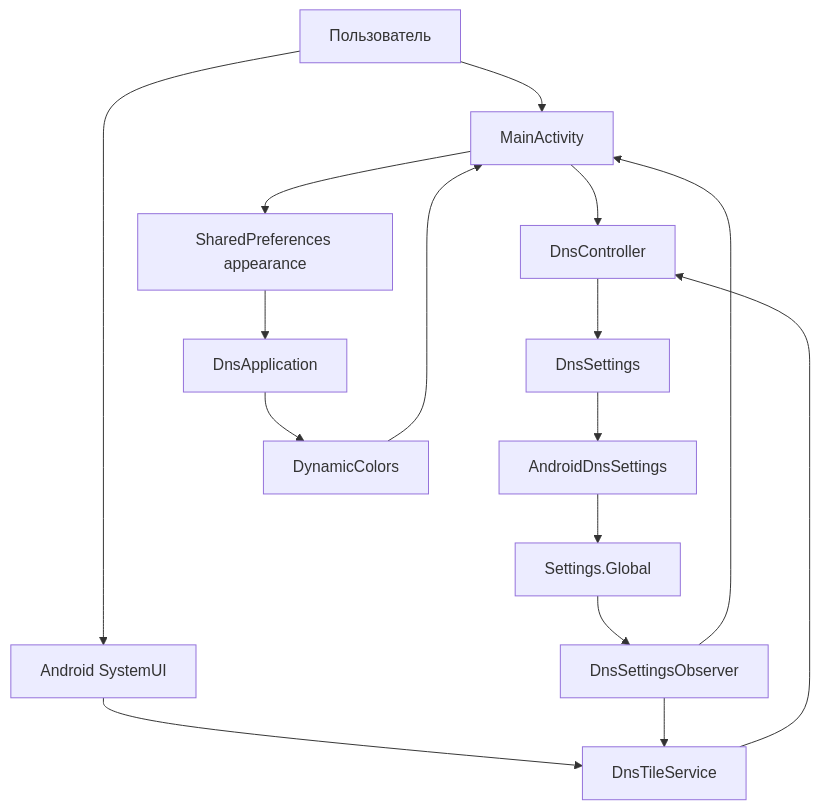
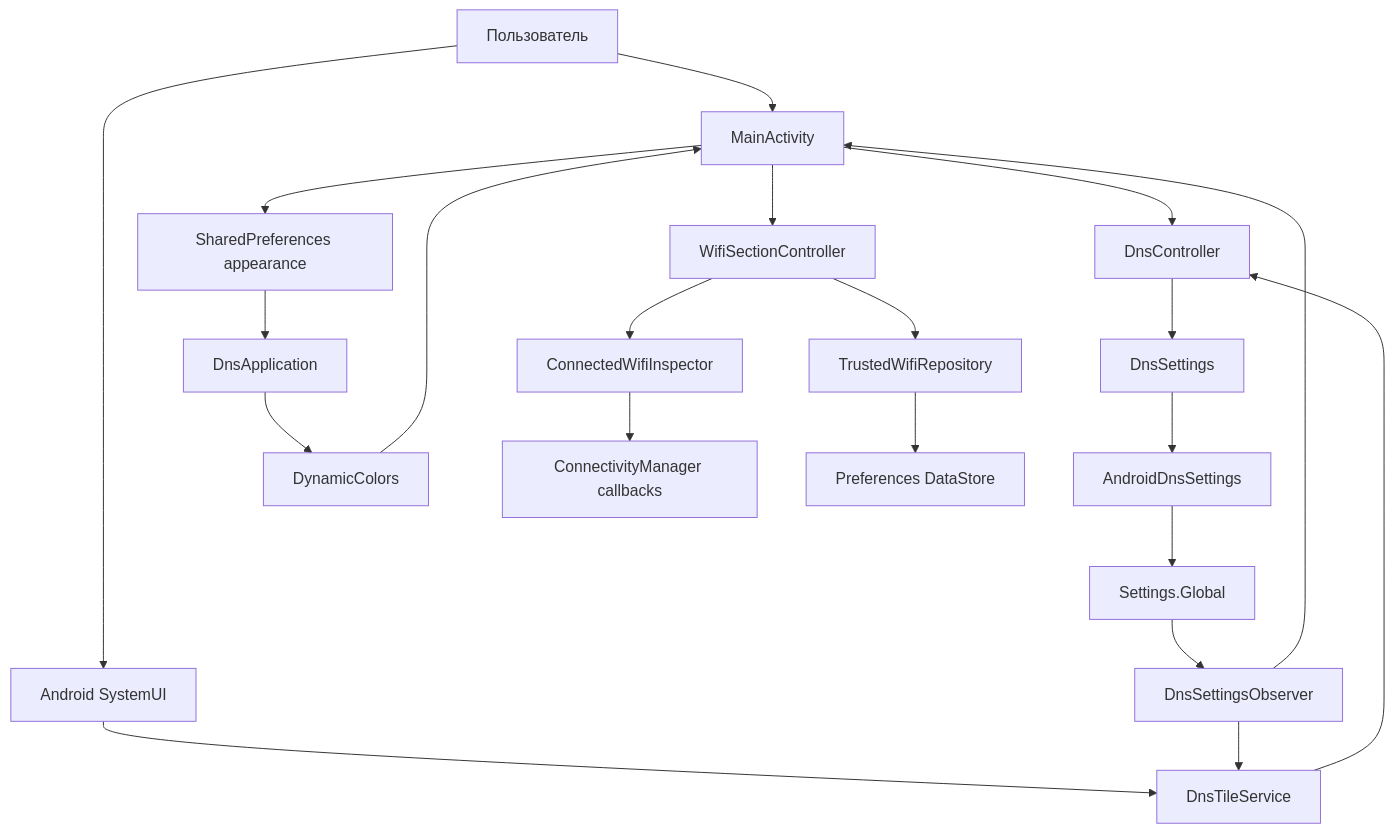
One commit to YuriMukin/pDNS-auto-switch changed the diagram in ARCHITECTURE.md. Above: the diagram before and after it, drawn with Mermaid. The commit also changed other lines of this file and 18 other files, not shown here.

````diff
--- a/ARCHITECTURE.md
+++ b/ARCHITECTURE.md
@@ -41,18 +42,23 @@
 ```mermaid
 flowchart TD
     User[Пользователь] --> Activity[MainActivity]
     User --> SystemUI[Android SystemUI]
     SystemUI --> Tile[DnsTileService]
     Activity --> Controller[DnsController]
     Tile --> Controller
     Controller --> Port[DnsSettings]
     Port --> Adapter[AndroidDnsSettings]
     Adapter --> Global[Settings.Global]
     Global --> Observer[DnsSettingsObserver]
     Observer --> Activity
     Observer --> Tile
     Application[DnsApplication] --> Dynamic[DynamicColors]
     Preferences[SharedPreferences appearance] --> Application
     Activity --> Preferences
     Dynamic --> Activity
+    Activity --> WifiUI[WifiSectionController]
+    WifiUI --> Inspector[ConnectedWifiInspector]
+    Inspector --> Connectivity[ConnectivityManager callbacks]
+    WifiUI --> Repository[TrustedWifiRepository]
+    Repository --> DataStore[Preferences DataStore]
 ```
````
